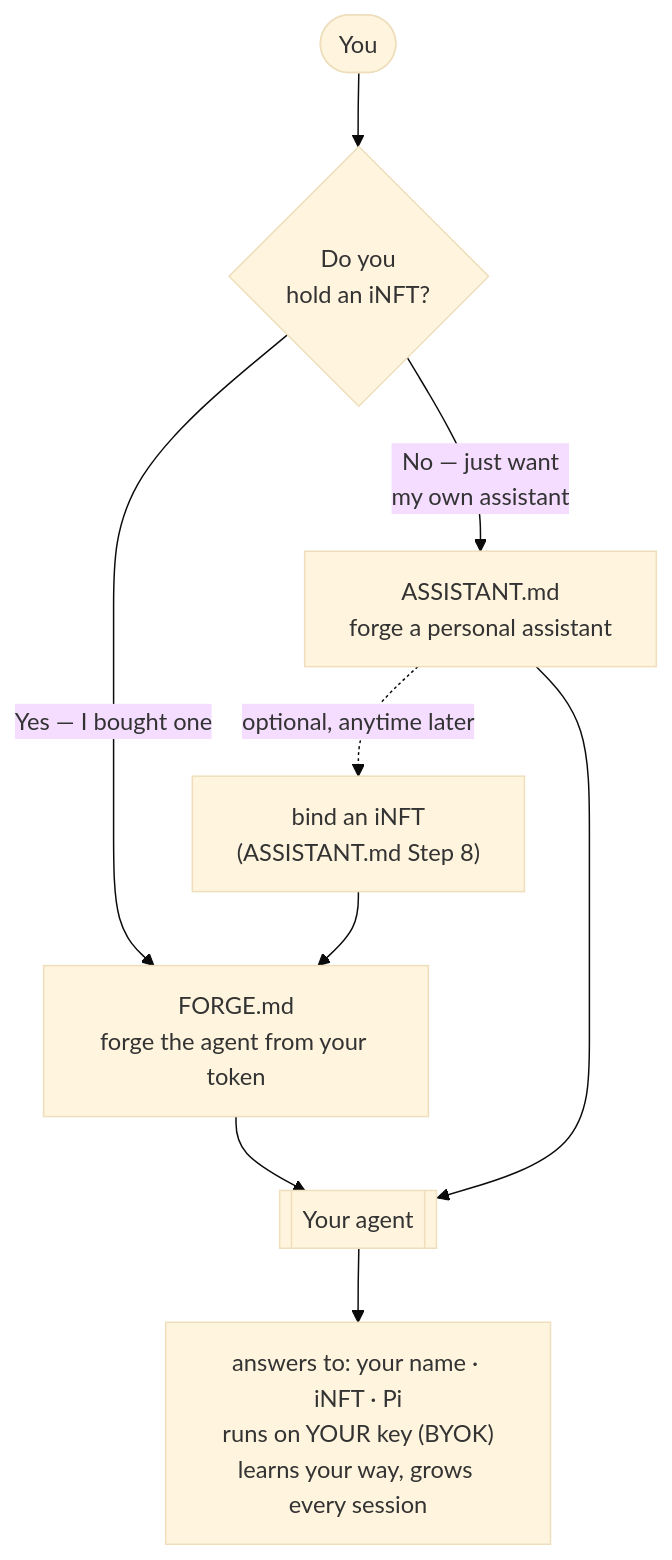
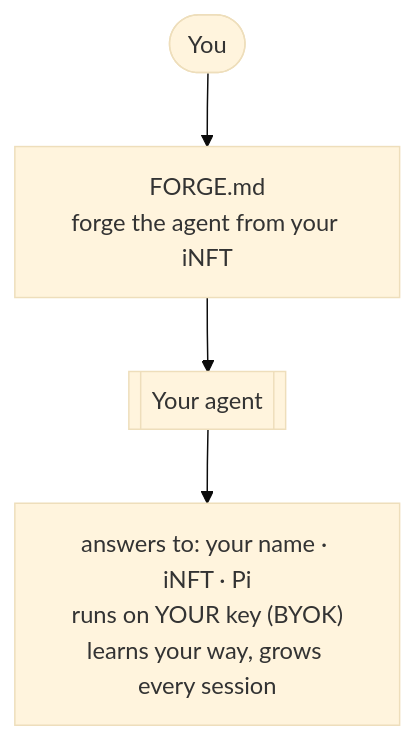
One commit to devclone20/inft-i01 changed the first of 5 diagrams in README.md. Above: the diagram before and after it, drawn with Mermaid (base theme). The commit also changed other lines of this file and 3 other files, not shown here.

First line of the commit message:
docs: retire the ASSISTANT.md path — forge is iNFT-only

````diff
--- a/README.md
+++ b/README.md
@@ -27,11 +27,6 @@
 ```mermaid
 flowchart TD
-    U([You]) --> Q{Do you<br/>hold an iNFT?}
-    Q -->|Yes — I bought one| F["FORGE.md<br/>forge the agent from your token"]
-    Q -->|No — just want<br/>my own assistant| A["ASSISTANT.md<br/>forge a personal assistant"]
+    U([You]) --> F["FORGE.md<br/>forge the agent from your iNFT"]
     F --> AG[[Your agent]]
-    A --> AG
     AG --> R["answers to: your name · iNFT · Pi<br/>runs on YOUR key (BYOK)<br/>learns your way, grows every session"]
-    A -.->|optional, anytime later| L["bind an iNFT<br/>(ASSISTANT.md Step 8)"]
-    L --> F
 ```
````
